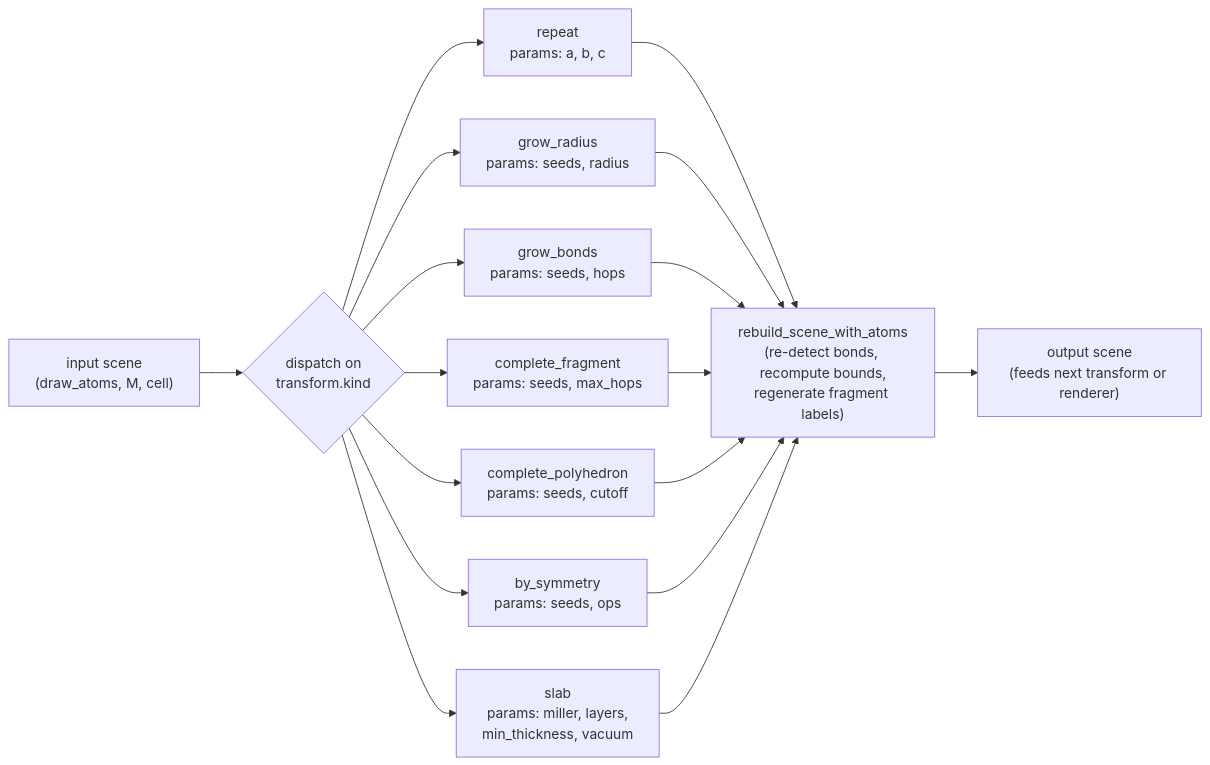
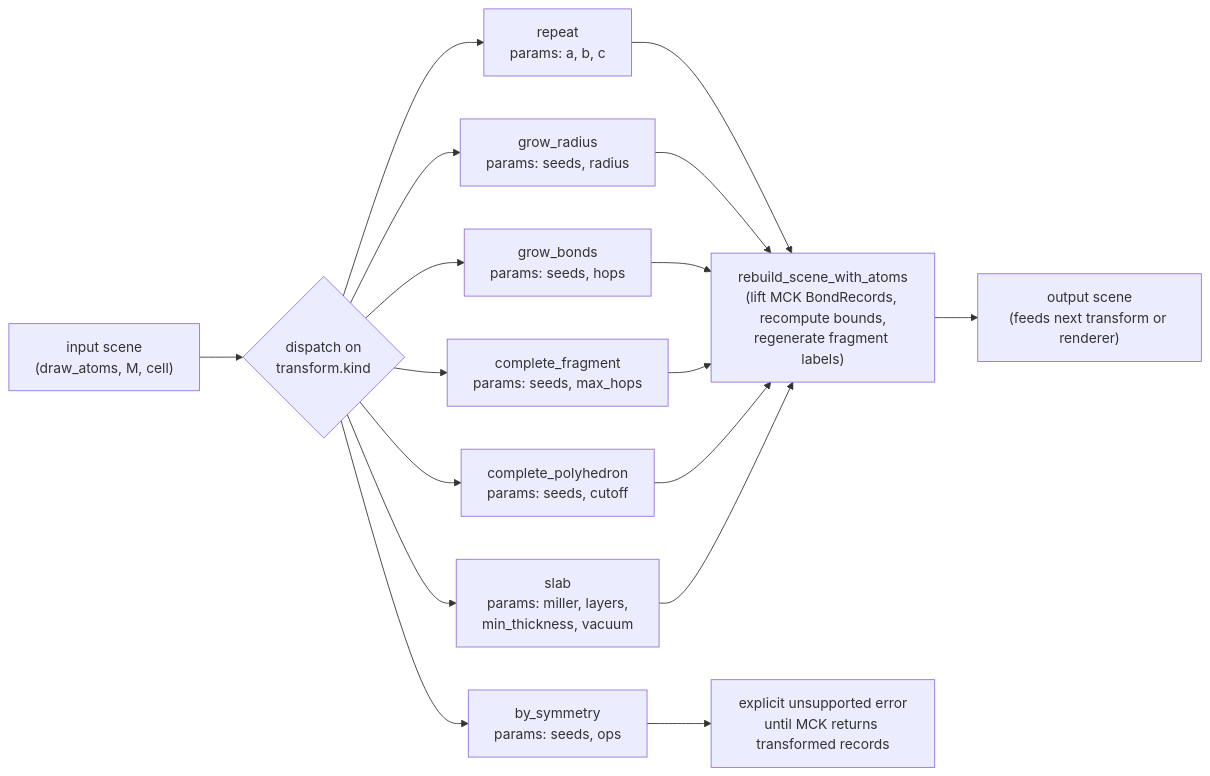
Before and after one commit to SchrodingersCattt/MatterVis: the first of 2 diagrams in docs/agents/transforms_api.md, drawn with Mermaid. The commit also changed other lines of this file and 24 other files, not shown here.

````diff
--- a/docs/agents/transforms_api.md
+++ b/docs/agents/transforms_api.md
@@ -170,13 +171,14 @@
 ```mermaid
 flowchart LR
   IN["input scene<br/>(draw_atoms, M, cell)"] --> D{"dispatch on<br/>transform.kind"}
   D --> K1["repeat<br/>params: a, b, c"]
   D --> K2["grow_radius<br/>params: seeds, radius"]
   D --> K3["grow_bonds<br/>params: seeds, hops"]
   D --> K4["complete_fragment<br/>params: seeds, max_hops"]
   D --> K5["complete_polyhedron<br/>params: seeds, cutoff"]
   D --> K6["by_symmetry<br/>params: seeds, ops"]
   D --> K7["slab<br/>params: miller, layers,<br/>min_thickness, vacuum"]
-  K1 & K2 & K3 & K4 & K5 & K6 & K7 --> R["rebuild_scene_with_atoms<br/>(re-detect bonds, recompute bounds,<br/>regenerate fragment labels)"]
+  K1 & K2 & K3 & K4 & K5 & K7 --> R["rebuild_scene_with_atoms<br/>(lift MCK BondRecords, recompute bounds,<br/>regenerate fragment labels)"]
+  K6 --> X["explicit unsupported error<br/>until MCK returns transformed records"]
   R --> OUT["output scene<br/>(feeds next transform or renderer)"]
 ```
````
